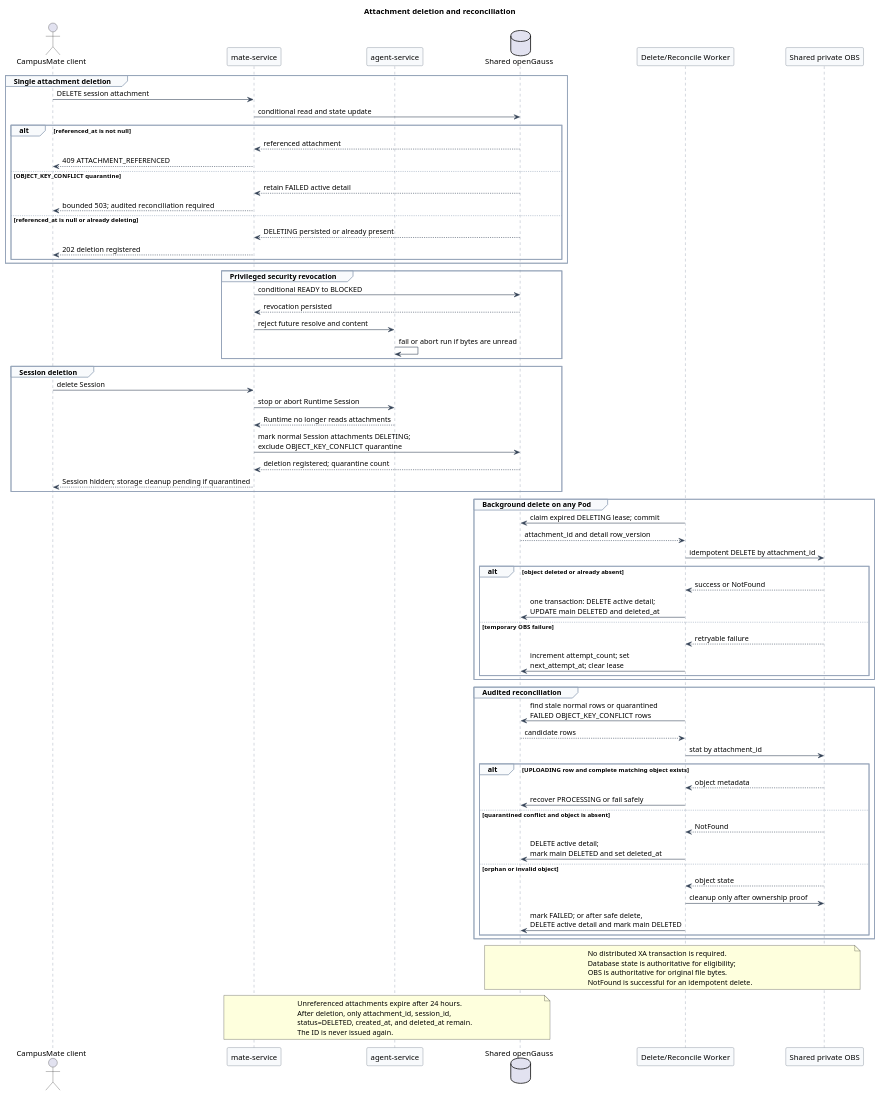
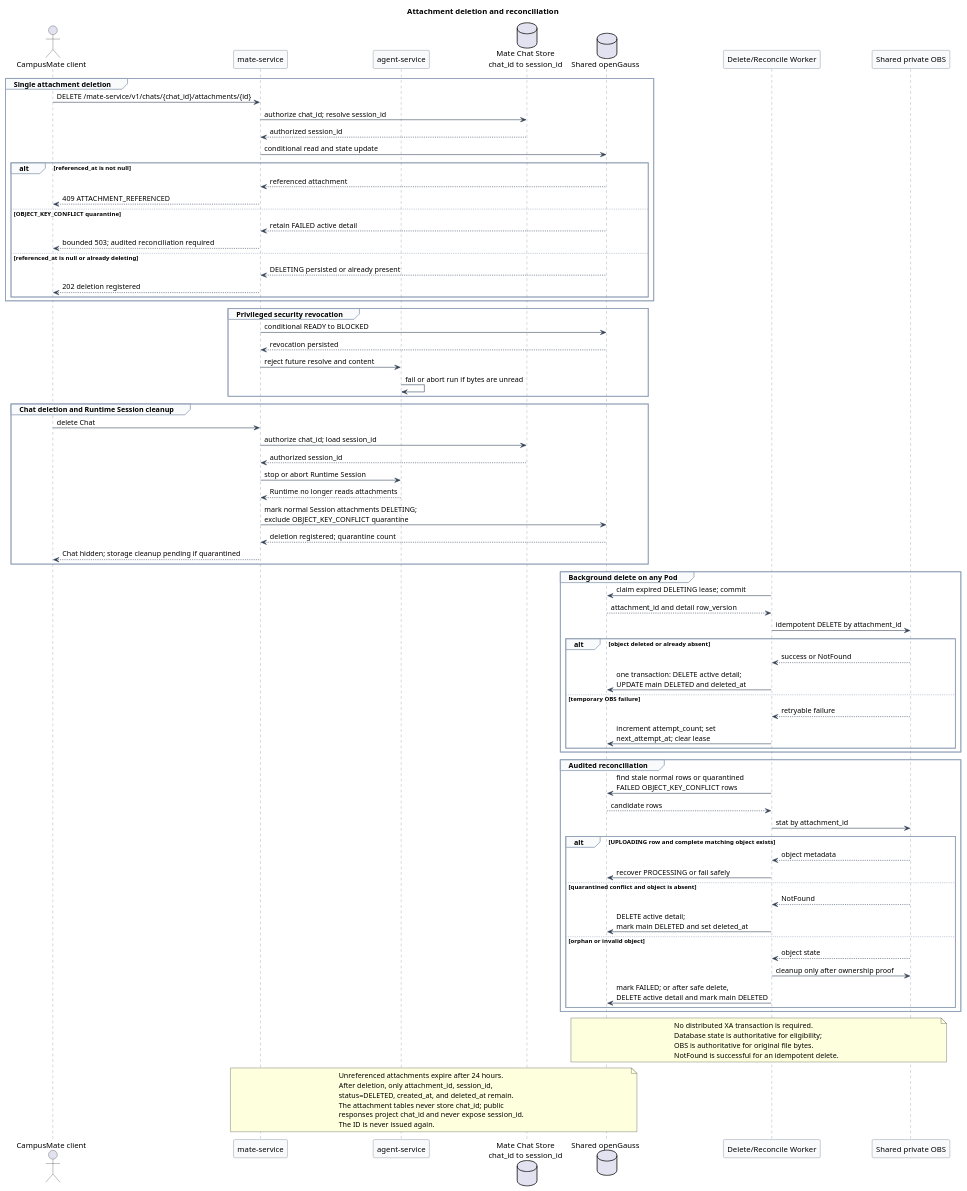
One commit to superheromeZzh/pi-mono-java-design changed the fourth of 4 diagrams in campusmate-attachment-service/diagram.puml. Above: the diagram before and after it, drawn with PlantUML. The commit also changed other lines of this file and 35 other files, not shown here.

Commit message:
docs(agent): define public chat gateway boundary

```diff
--- a/campusmate-attachment-service/diagram.puml
+++ b/campusmate-attachment-service/diagram.puml
@@ -281,109 +300,117 @@
 @startuml attachment_deletion_and_reconciliation
 title Attachment deletion and reconciliation
 
 ' Source evidence (pi-mono-java 1f7a5423219edfa4519d8719f1cc8a188ed72873):
 ' docs/plans/ws-chat-followups.md, lines 12-37
 ' Observed behavior: the baseline lists attachment transport as future work and
 ' therefore has no implemented deletion, tombstone, lease, or reconciliation flow.
-' Target design: one attachment belongs to one Session; unreferenced content can
-' be deleted independently, while referenced content is retained until Session deletion.
+' Target design: public deletion is scoped by chat_id, which mate-service resolves
+' to one internal session_id; referenced content remains until Chat deletion drives
+' Runtime Session cleanup.
 ' Architecture change: OBS and openGauss do not use XA; conditional state changes,
 ' short leases, idempotent object operations, and periodic reconciliation recover faults.
-' Product constraint: v1 has no cross-Session reuse, content versioning, restore,
+' Product constraint: this version has no cross-Session reuse, content versioning, restore,
 ' reference-counted retention claim, or resumable multipart upload.
 
 skinparam backgroundColor #FFFFFF
 skinparam shadowing false
 skinparam defaultFontName Arial
 skinparam sequence {
   ArrowColor #334155
   LifeLineBorderColor #64748B
   LifeLineBackgroundColor #F8FAFC
   ParticipantBorderColor #475569
   ParticipantBackgroundColor #F8FAFC
   GroupBorderColor #94A3B8
   GroupBackgroundColor #F8FAFC
 }
 
 actor "CampusMate client" as Client
 participant "mate-service" as Mate
 participant "agent-service" as Agent
+database "Mate Chat Store\nchat_id to session_id" as ChatStore
 database "Shared openGauss" as DB
 participant "Delete/Reconcile Worker" as Worker
 participant "Shared private OBS" as OBS
 
 group Single attachment deletion
-  Client -> Mate : DELETE session attachment
+  Client -> Mate : DELETE /mate-service/v1/chats/{chat_id}/attachments/{id}
+  Mate -> ChatStore : authorize chat_id; resolve session_id
+  ChatStore --> Mate : authorized session_id
   Mate -> DB : conditional read and state update
   alt referenced_at is not null
     DB --> Mate : referenced attachment
     Mate --> Client : 409 ATTACHMENT_REFERENCED
   else OBJECT_KEY_CONFLICT quarantine
     DB --> Mate : retain FAILED active detail
     Mate --> Client : bounded 503; audited reconciliation required
   else referenced_at is null or already deleting
     DB --> Mate : DELETING persisted or already present
     Mate --> Client : 202 deletion registered
   end
 end
 
 group Privileged security revocation
   Mate -> DB : conditional READY to BLOCKED
   DB --> Mate : revocation persisted
   Mate -> Agent : reject future resolve and content
   Agent -> Agent : fail or abort run if bytes are unread
 end
 
-group Session deletion
-  Client -> Mate : delete Session
+group Chat deletion and Runtime Session cleanup
+  Client -> Mate : delete Chat
+  Mate -> ChatStore : authorize chat_id; load session_id
+  ChatStore --> Mate : authorized session_id
   Mate -> Agent : stop or abort Runtime Session
   Agent --> Mate : Runtime no longer reads attachments
   Mate -> DB : mark normal Session attachments DELETING;\nexclude OBJECT_KEY_CONFLICT quarantine
   DB --> Mate : deletion registered; quarantine count
-  Mate --> Client : Session hidden; storage cleanup pending if quarantined
+  Mate --> Client : Chat hidden; storage cleanup pending if quarantined
 end
 
 group Background delete on any Pod
   Worker -> DB : claim expired DELETING lease; commit
   DB --> Worker : attachment_id and detail row_version
   Worker -> OBS : idempotent DELETE by attachment_id
   alt object deleted or already absent
     OBS --> Worker : success or NotFound
     Worker -> DB : one transaction: DELETE active detail;\nUPDATE main DELETED and deleted_at
   else temporary OBS failure
     OBS --> Worker : retryable failure
     Worker -> DB : increment attempt_count; set\nnext_attempt_at; clear lease
   end
 end
 
 group Audited reconciliation
   Worker -> DB : find stale normal rows or quarantined\nFAILED OBJECT_KEY_CONFLICT rows
   DB --> Worker : candidate rows
   Worker -> OBS : stat by attachment_id
   alt UPLOADING row and complete matching object exists
     OBS --> Worker : object metadata
     Worker -> DB : recover PROCESSING or fail safely
   else quarantined conflict and object is absent
     OBS --> Worker : NotFound
     Worker -> DB : DELETE active detail;\nmark main DELETED and set deleted_at
   else orphan or invalid object
     OBS --> Worker : object state
     Worker -> OBS : cleanup only after ownership proof
     Worker -> DB : mark FAILED; or after safe delete,\nDELETE active detail and mark main DELETED
   end
 end
 
 note over DB,OBS
 No distributed XA transaction is required.
 Database state is authoritative for eligibility;
 OBS is authoritative for original file bytes.
 NotFound is successful for an idempotent delete.
 end note
 
 note over Mate,DB
 Unreferenced attachments expire after 24 hours.
 After deletion, only attachment_id, session_id,
 status=DELETED, created_at, and deleted_at remain.
+The attachment tables never store chat_id; public
+responses project chat_id and never expose session_id.
 The ID is never issued again.
 end note
 @enduml
```
